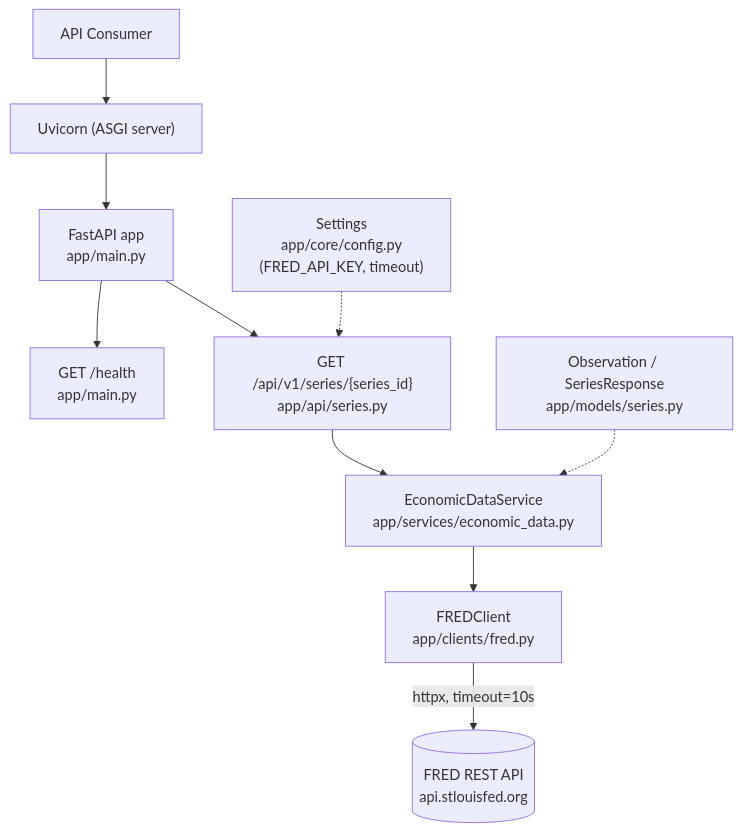
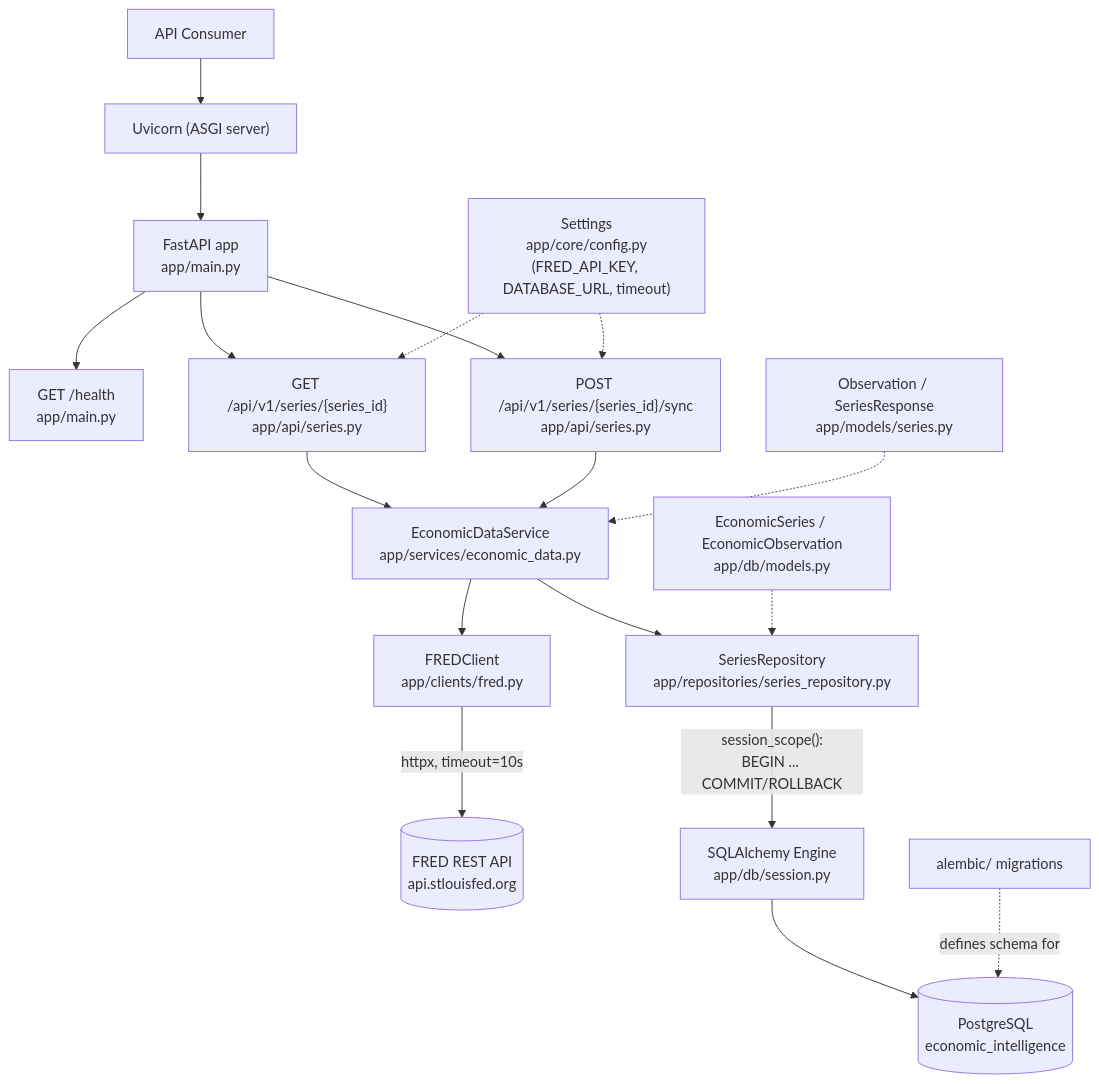
The diagram in docs/architecture/current-architecture.md (JerrodMcHenry/economic-intelligence), drawn with Mermaid before and after one commit. The commit also changed other lines of this file and 22 other files, not shown here.

Commit message:
feat: add PostgreSQL persistence for economic series

````diff
--- a/docs/architecture/current-architecture.md
+++ b/docs/architecture/current-architecture.md
@@ -22,15 +26,25 @@
 ```mermaid
 graph TD
     Consumer["API Consumer"] --> Uvicorn["Uvicorn (ASGI server)"]
     Uvicorn --> App["FastAPI app<br/>app/main.py"]
 
     App --> Health["GET /health<br/>app/main.py"]
-    App --> SeriesRoute["GET /api/v1/series/{series_id}<br/>app/api/series.py"]
+    App --> GetRoute["GET /api/v1/series/{series_id}<br/>app/api/series.py"]
+    App --> SyncRoute["POST /api/v1/series/{series_id}/sync<br/>app/api/series.py"]
 
-    SeriesRoute --> Service["EconomicDataService<br/>app/services/economic_data.py"]
+    GetRoute --> Service["EconomicDataService<br/>app/services/economic_data.py"]
+    SyncRoute --> Service
+
     Service --> Client["FREDClient<br/>app/clients/fred.py"]
+    Service --> Repo["SeriesRepository<br/>app/repositories/series_repository.py"]
+
     Client -->|"httpx, timeout=10s"| FRED[("FRED REST API<br/>api.stlouisfed.org")]
+    Repo -->|"session_scope():<br/>BEGIN ... COMMIT/ROLLBACK"| Orm["SQLAlchemy Engine<br/>app/db/session.py"]
+    Orm --> PG[("PostgreSQL<br/>economic_intelligence")]
 
-    Config["Settings<br/>app/core/config.py<br/>(FRED_API_KEY, timeout)"] -.-> SeriesRoute
+    Config["Settings<br/>app/core/config.py<br/>(FRED_API_KEY, DATABASE_URL, timeout)"] -.-> GetRoute
+    Config -.-> SyncRoute
     Models["Observation / SeriesResponse<br/>app/models/series.py"] -.-> Service
+    OrmModels["EconomicSeries / EconomicObservation<br/>app/db/models.py"] -.-> Repo
+    Alembic["alembic/ migrations"] -.->|"defines schema for"| PG
 ```
````
